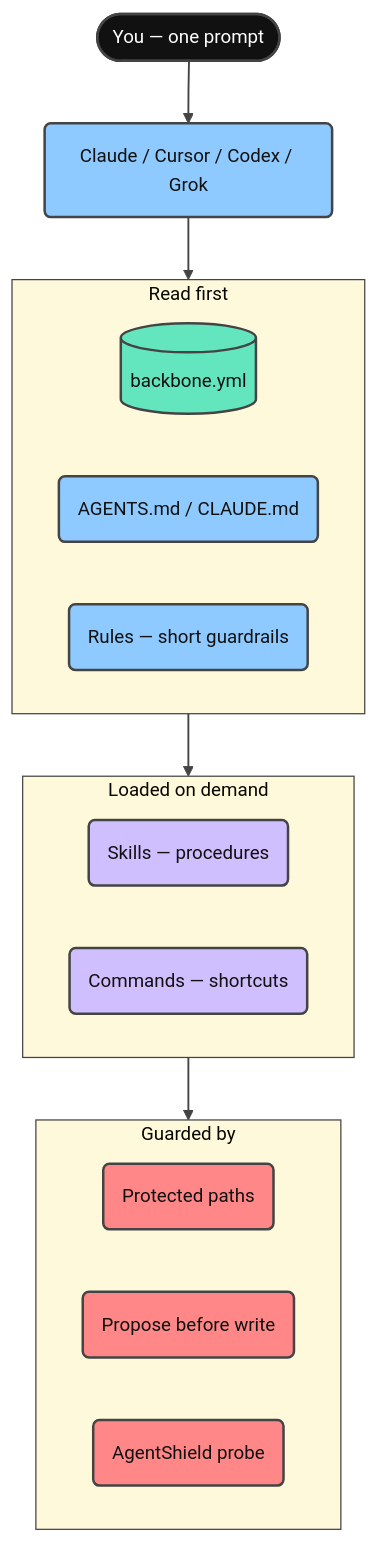
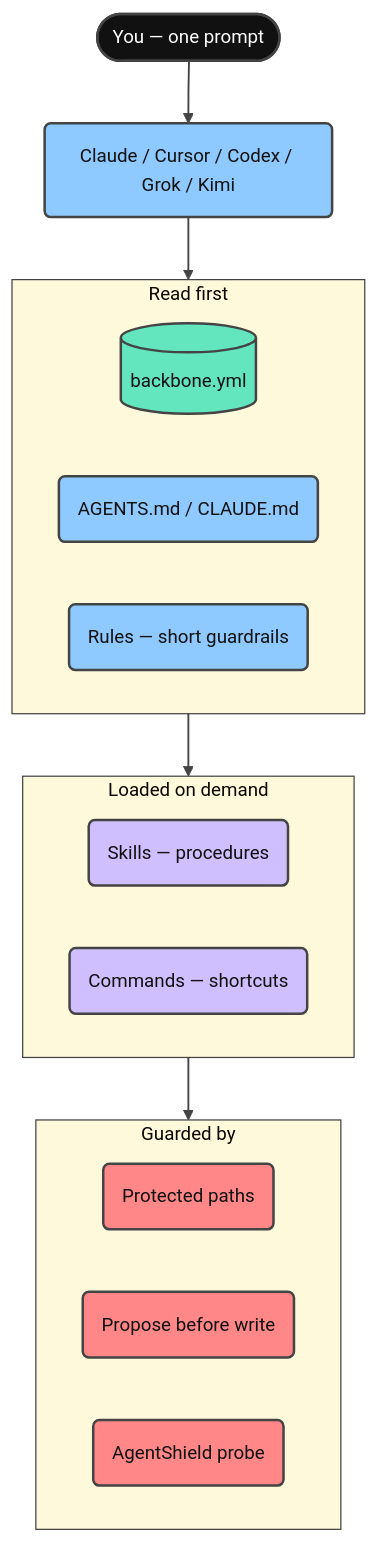
The second of 8 diagrams in README.md (giang6283623/minimal-vibe-coding-kit), drawn with Mermaid before and after one commit. The commit also changed other lines of this file and 8 other files, not shown here.

Commit message:
docs: kimi surface, graph renderer, and writing-style rule across en/vi/zh docs and changelog

````diff
--- a/README.md
+++ b/README.md
@@ -157,51 +157,51 @@
 ```mermaid
 ---
 config:
   theme: base
   themeVariables:
     fontFamily: cascadia mono, consolas, noto sans mono, menlo, monospace
     fontSize: 15px
     lineColor: "#444444"
     textColor: "#111111"
     edgeLabelBackground: "#FFFFFF"
     clusterBkg: "#FFF9DB"
     clusterBorder: "#444444"
 ---
 flowchart TD
-    You([You — one prompt]) --> Agent("Claude / Cursor / Codex / Grok")
+    You([You — one prompt]) --> Agent("Claude / Cursor / Codex / Grok / Kimi")
 
     subgraph First["Read first"]
         Backbone[("backbone.yml")]
         Docs("AGENTS.md / CLAUDE.md")
         Rules("Rules — short guardrails")
     end
 
     subgraph Demand["Loaded on demand"]
         Skills("Skills — procedures")
         Commands("Commands — shortcuts")
     end
 
     subgraph Guard["Guarded by"]
         Protected("Protected paths")
         Propose("Propose before write")
         Shield("AgentShield probe")
     end
 
     Agent --> First
     First --> Demand
     Demand --> Guard
 
     classDef terminal fill:#111111,stroke:#444444,stroke-width:2px,color:#FFFFFF
     classDef step fill:#8ECAFF,stroke:#444444,stroke-width:2px,color:#111111
     classDef data fill:#63E6BE,stroke:#444444,stroke-width:2px,color:#111111
     classDef accent fill:#D0BFFF,stroke:#444444,stroke-width:2px,color:#111111
     classDef danger fill:#FF8787,stroke:#444444,stroke-width:2px,color:#111111
     linkStyle default stroke:#444444,stroke-width:1.5px
 
     class You terminal
     class Agent step
     class Backbone data
     class Docs,Rules step
     class Skills,Commands accent
     class Protected,Propose,Shield danger
 ```
````
